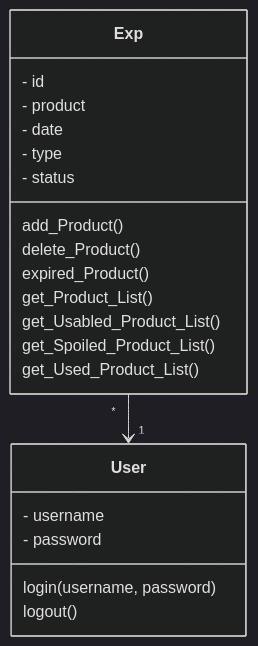
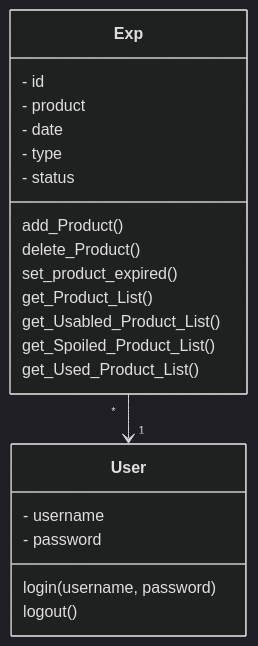
The diagram in dokumentaatio/arkkitehtuuri.md (Eoyie/ot-harjoitustyo), drawn with Mermaid (dark theme) before and after one commit. The commit also changed other lines of this file, not shown here.

````diff
--- a/dokumentaatio/arkkitehtuuri.md
+++ b/dokumentaatio/arkkitehtuuri.md
@@ -13,24 +14,24 @@
 ```mermaid
   classDiagram
     Exp "*" --> "1" User
     class Exp{
         - id
         - product
         - date
         - type
         - status
         add_Product()
         delete_Product()
-        expired_Product()
+        set_product_expired()
         get_Product_List()
         get_Usabled_Product_List()
         get_Spoiled_Product_List()
         get_Used_Product_List()
      }
      class User{
         - username
         - password
         login(username, password)
         logout()
      }
 ```
````
